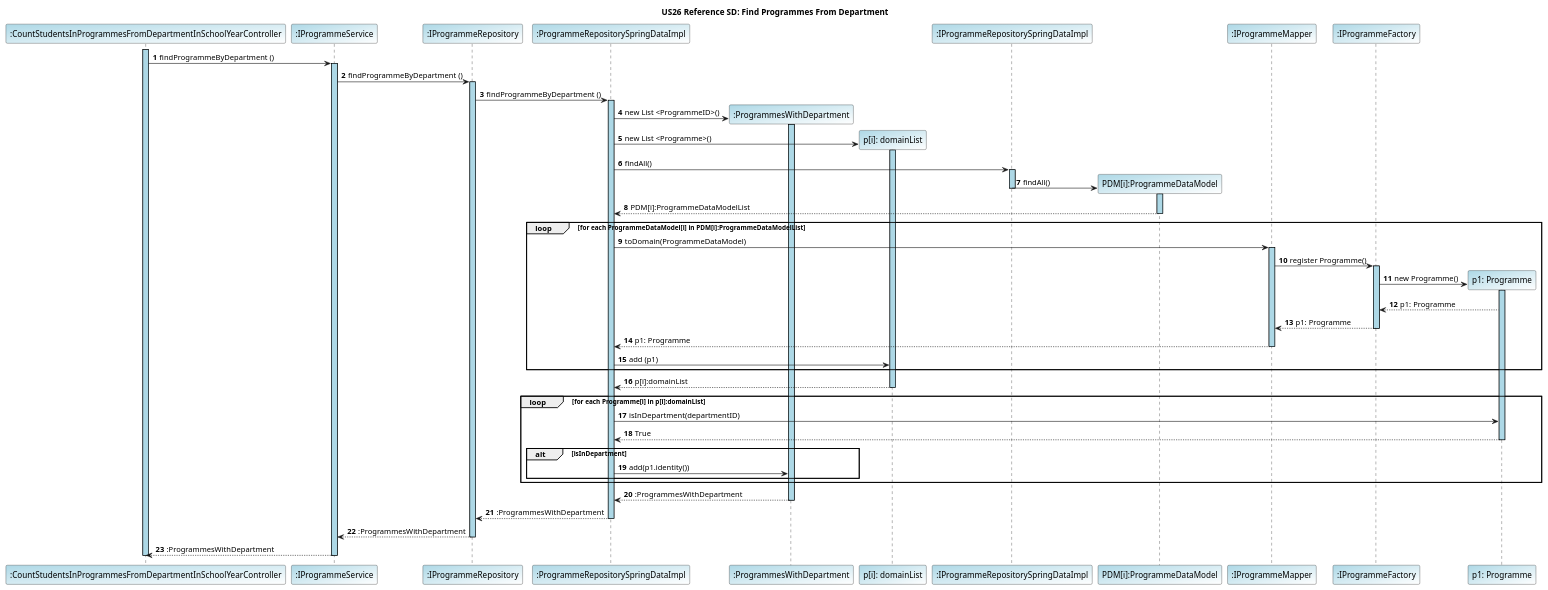
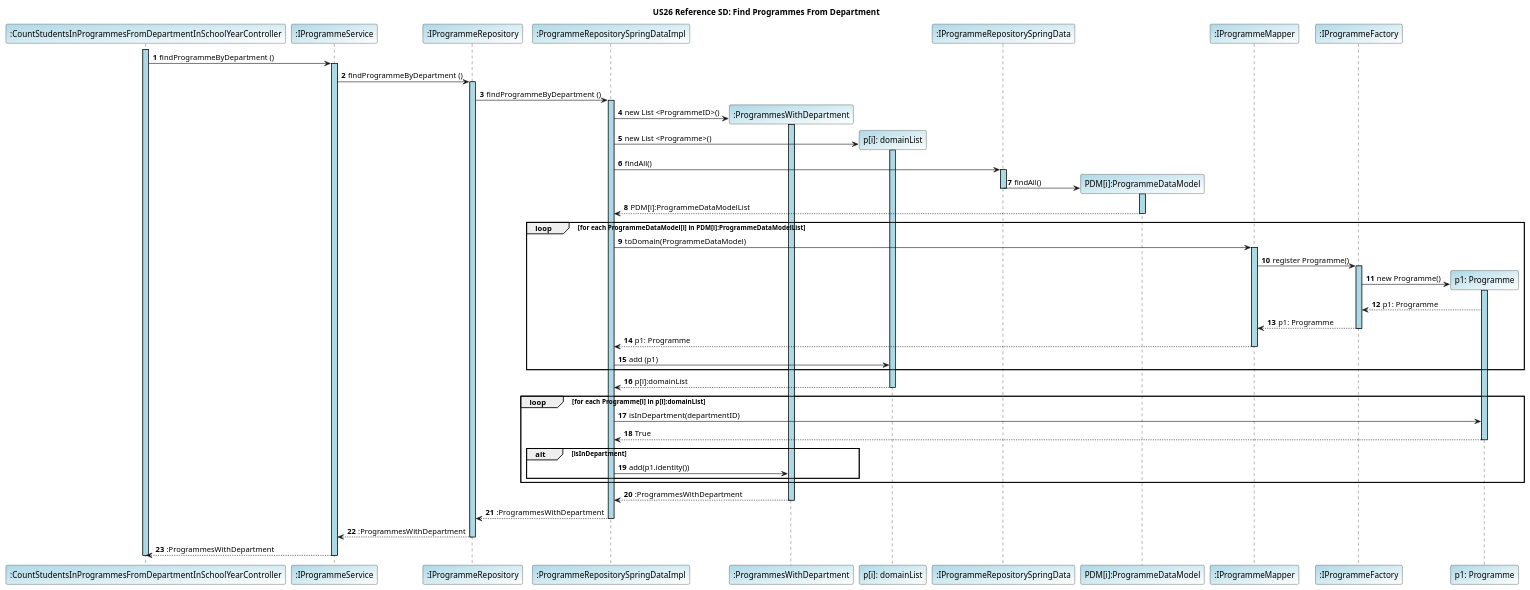
The diagram in docs/US26/JPA_SpringData_Diagrams/US26_Ref_FindProgrammesFromDepartment.puml (GasparISEP/DevOps-PAI), drawn with PlantUML before and after one commit.

Commit message:
Made minor corrections to Reference SD belonging to functionality CountStudentsInProgrammesFromDepartmentInGivenSchoolYear - refs #393 #289

```diff
--- a/docs/US26/JPA_SpringData_Diagrams/US26_Ref_FindProgrammesFromDepartment.puml
+++ b/docs/US26/JPA_SpringData_Diagrams/US26_Ref_FindProgrammesFromDepartment.puml
@@ -1,83 +1,83 @@
 @startuml
 
  title US26 Reference SD: Find Programmes From Department
  autonumber
  skinparam sequence {
     LifelineBorderColor Black
     LifelineBackgroundColor LightBlue
   }
 
  participant ":CountStudentsInProgrammesFromDepartmentInSchoolYearController" as Controller #LightBlue/White
  participant ":IProgrammeService" as IProgrammeService #LightBlue/White
  participant ":IProgrammeRepository" as IProgrammeRepository #LightBlue/White
  participant ":ProgrammeRepositorySpringDataImpl" as ProgrammeRepositorySpringDataImpl #LightBlue/White
 
  activate Controller
  Controller -> IProgrammeService: findProgrammeByDepartment ()
 
  activate IProgrammeService
  IProgrammeService -> IProgrammeRepository: findProgrammeByDepartment ()
  activate IProgrammeRepository
  IProgrammeRepository -> ProgrammeRepositorySpringDataImpl: findProgrammeByDepartment ()
  activate ProgrammeRepositorySpringDataImpl
  create ":ProgrammesWithDepartment" #LightBlue/White
 
  ProgrammeRepositorySpringDataImpl ->  ":ProgrammesWithDepartment"** : new List <ProgrammeID>()
  activate ":ProgrammesWithDepartment"
 
  create "p[i]: domainList" #LightBlue/White
  ProgrammeRepositorySpringDataImpl ->  "p[i]: domainList"** : new List <Programme>()
  activate "p[i]: domainList"
- participant ":IProgrammeRepositorySpringDataImpl" as IProgrammeRepositorySpringDataImpl #LightBlue/White
+ participant ":IProgrammeRepositorySpringData" as IProgrammeRepositorySpringData #LightBlue/White
 
- ProgrammeRepositorySpringDataImpl -> IProgrammeRepositorySpringDataImpl: findAll()
- activate IProgrammeRepositorySpringDataImpl
+ ProgrammeRepositorySpringDataImpl -> IProgrammeRepositorySpringData: findAll()
+ activate IProgrammeRepositorySpringData
  create "PDM[i]:ProgrammeDataModel" #LightBlue/White
- IProgrammeRepositorySpringDataImpl -> "PDM[i]:ProgrammeDataModel"** : findAll()
- deactivate IProgrammeRepositorySpringDataImpl
+ IProgrammeRepositorySpringData -> "PDM[i]:ProgrammeDataModel"** : findAll()
+ deactivate IProgrammeRepositorySpringData
  activate "PDM[i]:ProgrammeDataModel"
  "PDM[i]:ProgrammeDataModel" --> ProgrammeRepositorySpringDataImpl: PDM[i]:ProgrammeDataModelList
 
  loop for each ProgrammeDataModel[i] in PDM[i]:ProgrammeDataModelList
  deactivate "PDM[i]:ProgrammeDataModel"
  participant ":IProgrammeMapper" as IProgrammeMapper #LightBlue/White
 
  ProgrammeRepositorySpringDataImpl -> IProgrammeMapper: toDomain(ProgrammeDataModel)
  activate IProgrammeMapper
  participant ":IProgrammeFactory" as IProgrammeFactory #LightBlue/White
 
  IProgrammeMapper -> IProgrammeFactory: register Programme()
  activate IProgrammeFactory
  create "p1: Programme" #LightBlue/White
  IProgrammeFactory ->  "p1: Programme"** : new Programme()
  activate "p1: Programme"
  "p1: Programme" --> IProgrammeFactory: p1: Programme
  IProgrammeFactory --> IProgrammeMapper: p1: Programme
  deactivate IProgrammeFactory
  IProgrammeMapper --> ProgrammeRepositorySpringDataImpl: p1: Programme
 
  deactivate IProgrammeMapper
  ProgrammeRepositorySpringDataImpl -> "p[i]: domainList": add (p1)
  end
 
  "p[i]: domainList" --> ProgrammeRepositorySpringDataImpl: p[i]:domainList
  deactivate "p[i]: domainList"
  loop for each Programme[i] in p[i]:domainList
  ProgrammeRepositorySpringDataImpl -> "p1: Programme": isInDepartment(departmentID)
  "p1: Programme" --> ProgrammeRepositorySpringDataImpl: True
  deactivate "p1: Programme"
  alt isInDepartment
  ProgrammeRepositorySpringDataImpl -> ":ProgrammesWithDepartment": add(p1.identity())
  end
  end
 
  ":ProgrammesWithDepartment" --> ProgrammeRepositorySpringDataImpl: :ProgrammesWithDepartment
  deactivate ":ProgrammesWithDepartment"
  ProgrammeRepositorySpringDataImpl --> IProgrammeRepository: :ProgrammesWithDepartment
  deactivate ProgrammeRepositorySpringDataImpl
  IProgrammeRepository --> IProgrammeService: :ProgrammesWithDepartment
  deactivate IProgrammeRepository
  IProgrammeService --> Controller: :ProgrammesWithDepartment
  deactivate IProgrammeService
  deactivate Controller
  @enduml
```
